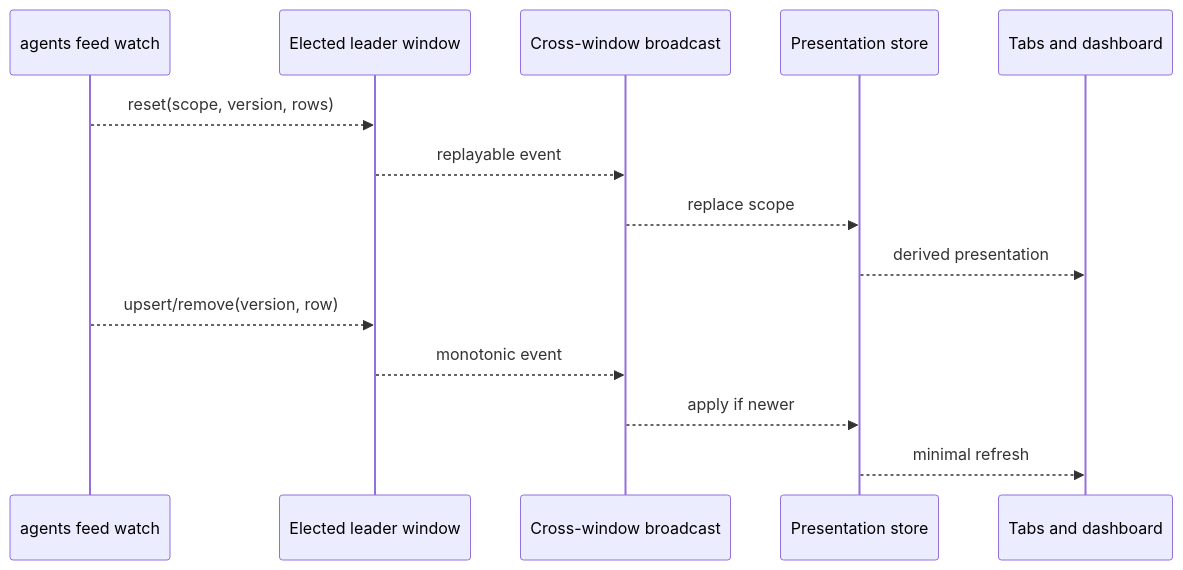
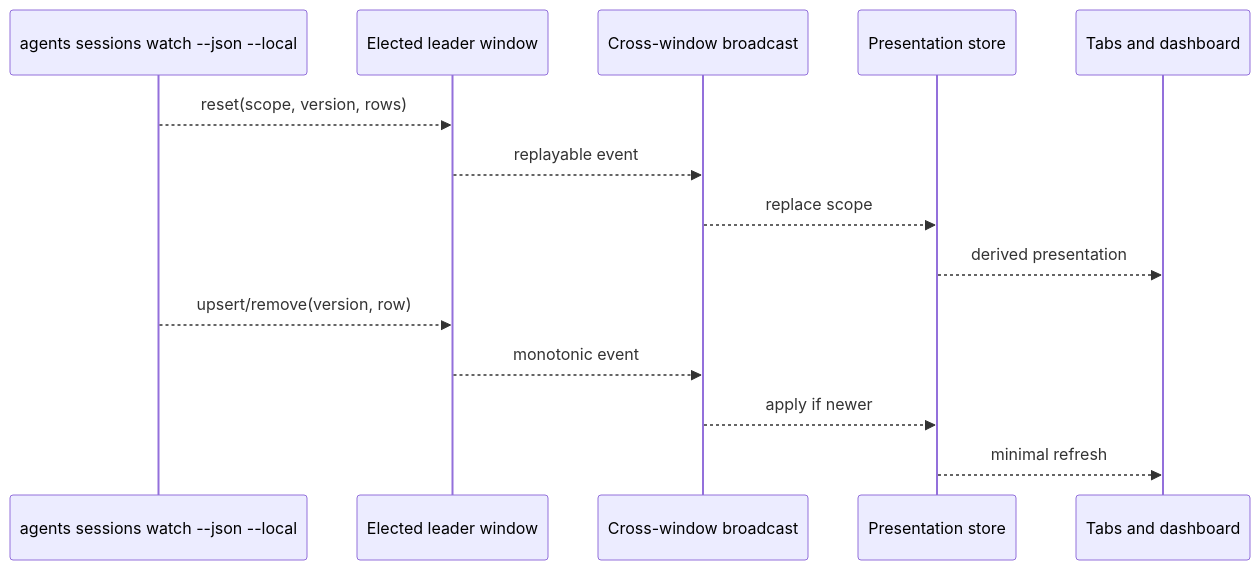
One commit to phnx-labs/agi-ext changed the first of 2 diagrams in docs/session-projection.md. Above: the diagram before and after it, drawn with Mermaid. The commit also changed other lines of this file and 32 other files, not shown here.

First line of the commit message:
feat(ext): one session preview — restore the stream, add Request/Timeline/Files, remove the Fleet rail (PHNX-3939)

````diff
--- a/docs/session-projection.md
+++ b/docs/session-projection.md
@@ -7,16 +7,16 @@
 ```mermaid
 sequenceDiagram
-  participant CLI as agents feed watch
+  participant CLI as agents sessions watch --json --local
   participant Leader as Elected leader window
   participant Bus as Cross-window broadcast
   participant Store as Presentation store
   participant UI as Tabs and dashboard
   CLI-->>Leader: reset(scope, version, rows)
   Leader-->>Bus: replayable event
   Bus-->>Store: replace scope
   Store-->>UI: derived presentation
   CLI-->>Leader: upsert/remove(version, row)
   Leader-->>Bus: monotonic event
   Bus-->>Store: apply if newer
   Store-->>UI: minimal refresh
 ```
````
